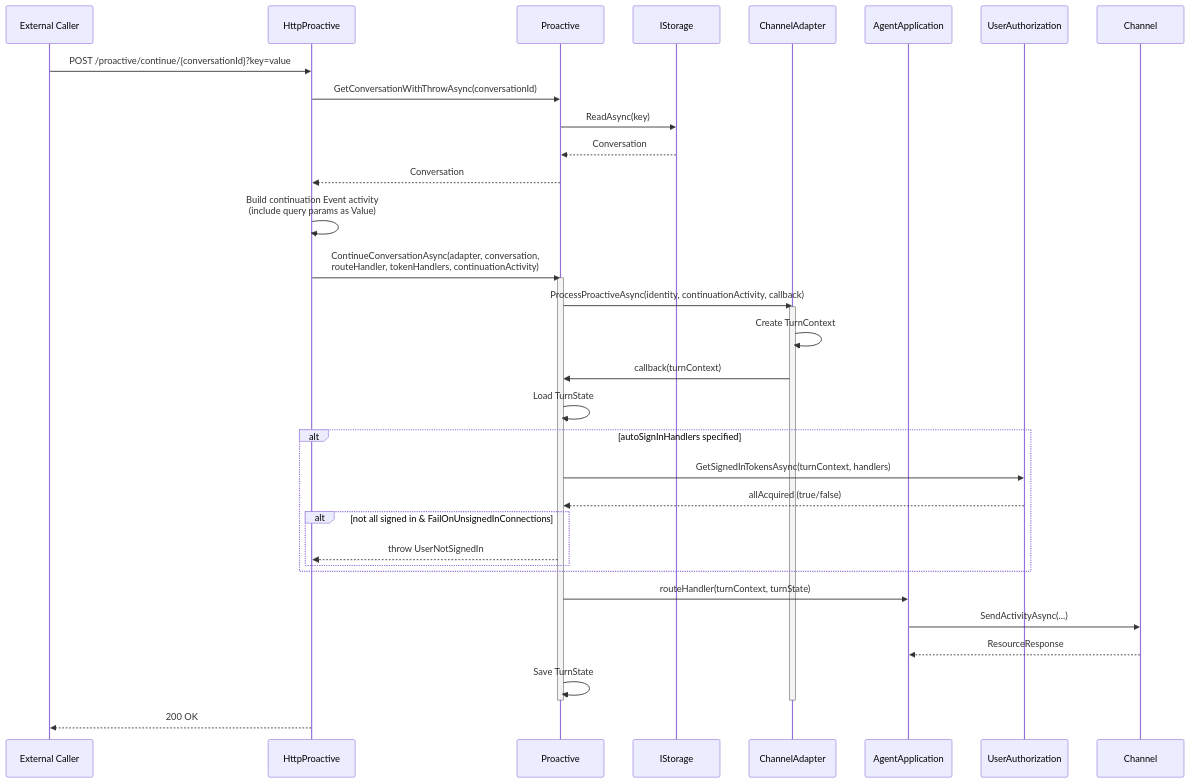
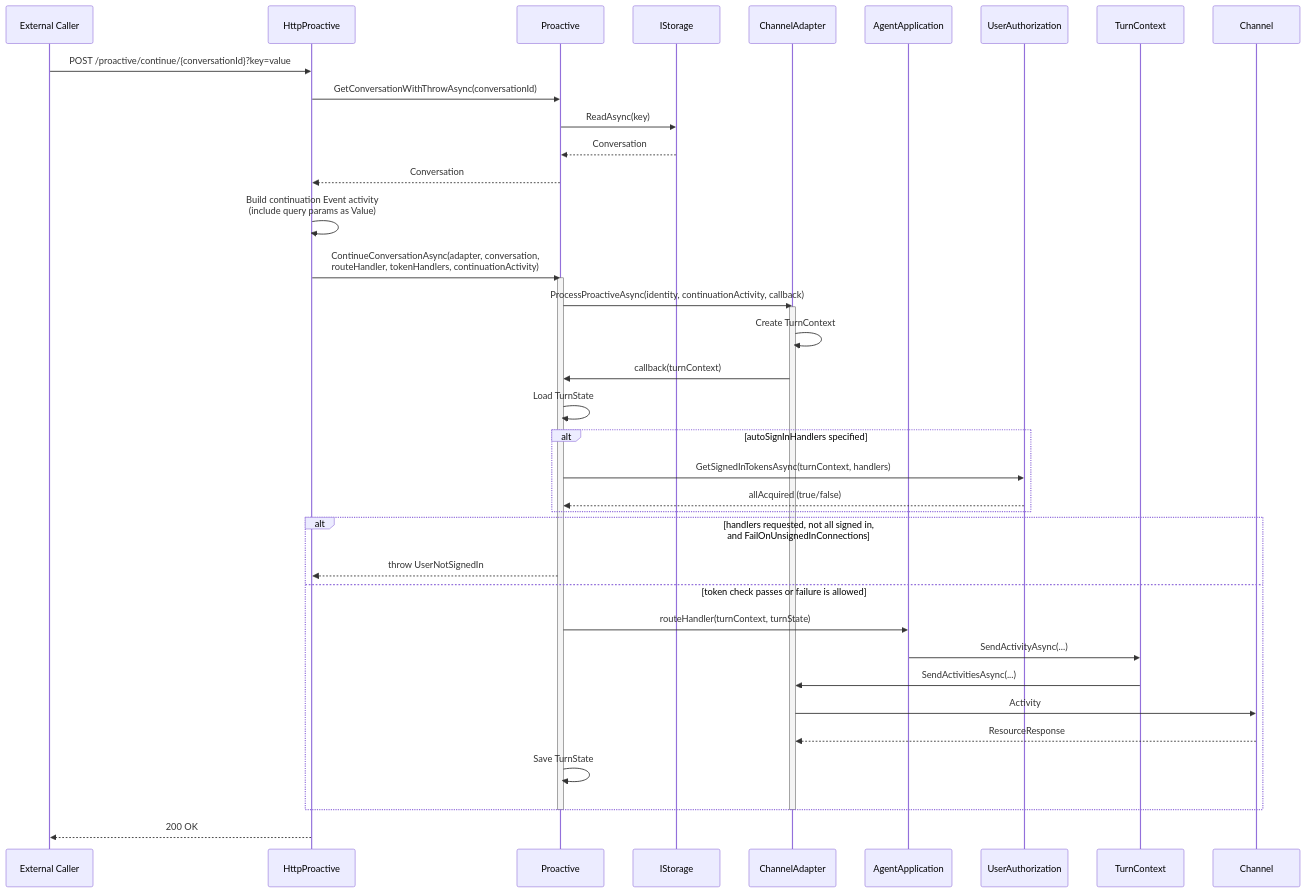
One commit to microsoft/Agents-for-net changed the third of 5 diagrams in docs/proactive-sequence-diagram.md. Above: the diagram before and after it, drawn with Mermaid. The commit also changed other lines of this file and 11 other files, not shown here.

First line of the commit message:
docs: refresh architecture and sequence diagrams

````diff
--- a/docs/proactive-sequence-diagram.md
+++ b/docs/proactive-sequence-diagram.md
@@ -78,45 +81,49 @@
 ```mermaid
 sequenceDiagram
     participant ExternalCaller as External Caller
     participant HttpProactive
     participant Proactive
     participant IStorage
     participant ChannelAdapter
     participant AgentApplication
     participant UserAuthorization
+    participant TurnContext
     participant Channel
 
     ExternalCaller->>HttpProactive: POST /proactive/continue/{conversationId}?key=value
     HttpProactive->>Proactive: GetConversationWithThrowAsync(conversationId)
     Proactive->>IStorage: ReadAsync(key)
     IStorage-->>Proactive: Conversation
     Proactive-->>HttpProactive: Conversation
 
     HttpProactive->>HttpProactive: Build continuation Event activity<br/>(include query params as Value)
     HttpProactive->>Proactive: ContinueConversationAsync(adapter, conversation,<br/>routeHandler, tokenHandlers, continuationActivity)
 
     activate Proactive
     Proactive->>ChannelAdapter: ProcessProactiveAsync(identity, continuationActivity, callback)
     activate ChannelAdapter
     ChannelAdapter->>ChannelAdapter: Create TurnContext
 
     ChannelAdapter->>Proactive: callback(turnContext)
     Proactive->>Proactive: Load TurnState
 
     alt autoSignInHandlers specified
         Proactive->>UserAuthorization: GetSignedInTokensAsync(turnContext, handlers)
         UserAuthorization-->>Proactive: allAcquired (true/false)
-        alt not all signed in & FailOnUnsignedInConnections
-            Proactive-->>HttpProactive: throw UserNotSignedIn
-        end
     end
 
-    Proactive->>AgentApplication: routeHandler(turnContext, turnState)
-    AgentApplication->>Channel: SendActivityAsync(...)
-    Channel-->>AgentApplication: ResourceResponse
-    Proactive->>Proactive: Save TurnState
+    alt handlers requested, not all signed in,<br/>and FailOnUnsignedInConnections
+        Proactive-->>HttpProactive: throw UserNotSignedIn
+    else token check passes or failure is allowed
+        Proactive->>AgentApplication: routeHandler(turnContext, turnState)
+        AgentApplication->>TurnContext: SendActivityAsync(...)
+        TurnContext->>ChannelAdapter: SendActivitiesAsync(...)
+        ChannelAdapter->>Channel: Activity
+        Channel-->>ChannelAdapter: ResourceResponse
+        Proactive->>Proactive: Save TurnState
+    end
     deactivate ChannelAdapter
     deactivate Proactive
 
     HttpProactive-->>ExternalCaller: 200 OK
 ```
````
